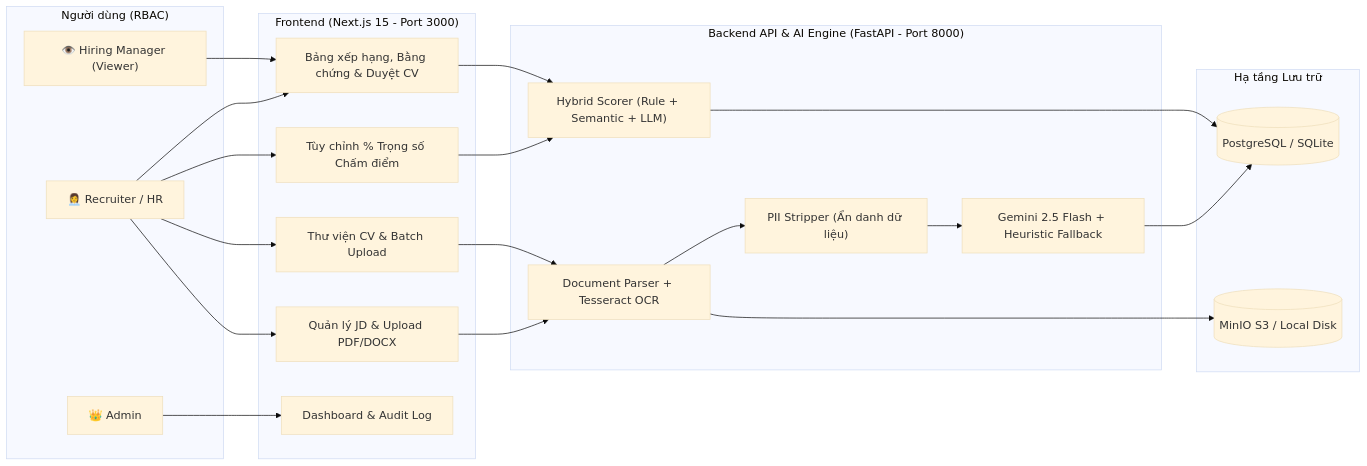
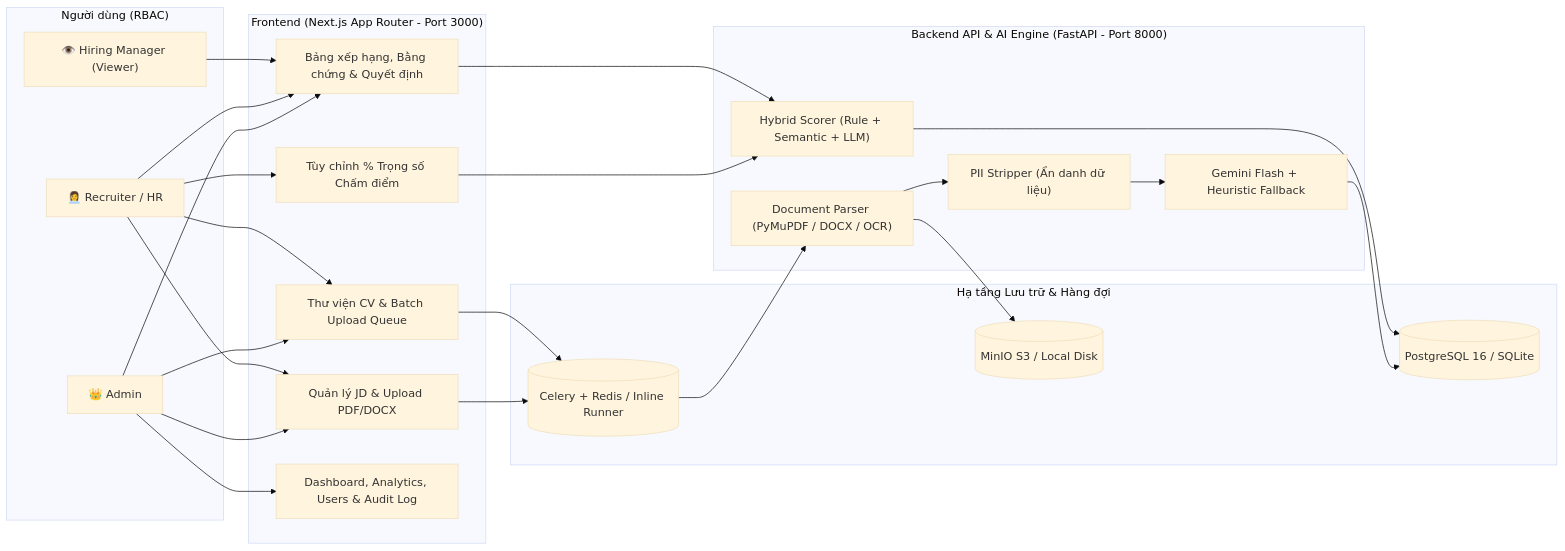
The diagram in README.md (dothanhhxx/AIResumeScreeningSystem), drawn with Mermaid (base theme) before and after one commit. The commit also changed other lines of this file, not shown here.

````diff
--- a/README.md
+++ b/README.md
@@ -28,37 +31,38 @@
 ```mermaid
 flowchart LR
     subgraph Users["Người dùng (RBAC)"]
         Admin["👑 Admin"]
         Recruiter["👩‍💼 Recruiter / HR"]
         Viewer["👁️ Hiring Manager (Viewer)"]
     end
 
-    subgraph Frontend["Frontend (Next.js 15 - Port 3000)"]
+    subgraph Frontend["Frontend (Next.js App Router - Port 3000)"]
         JD_UI["Quản lý JD & Upload PDF/DOCX"]
-        CV_UI["Thư viện CV & Batch Upload"]
+        CV_UI["Thư viện CV & Batch Upload Queue"]
         Weight_UI["Tùy chỉnh % Trọng số Chấm điểm"]
-        Rank_UI["Bảng xếp hạng, Bằng chứng & Duyệt CV"]
-        Audit_UI["Dashboard & Audit Log"]
+        Rank_UI["Bảng xếp hạng, Bằng chứng & Quyết định"]
+        Admin_UI["Dashboard, Analytics, Users & Audit Log"]
     end
 
     subgraph Backend["Backend API & AI Engine (FastAPI - Port 8000)"]
-        Parser["Document Parser + Tesseract OCR"]
+        Parser["Document Parser (PyMuPDF / DOCX / OCR)"]
         PII["PII Stripper (Ẩn danh dữ liệu)"]
-        Extractor["Gemini 2.5 Flash + Heuristic Fallback"]
+        Extractor["Gemini Flash + Heuristic Fallback"]
         Scorer["Hybrid Scorer (Rule + Semantic + LLM)"]
     end
 
-    subgraph Infra["Hạ tầng Lưu trữ"]
-        DB[("PostgreSQL / SQLite")]
+    subgraph Infra["Hạ tầng Lưu trữ & Hàng đợi"]
+        DB[("PostgreSQL 16 / SQLite")]
         Storage[("MinIO S3 / Local Disk")]
+        Queue[("Celery + Redis / Inline Runner")]
     end
 
-    Admin --> Audit_UI
+    Admin --> Admin_UI & JD_UI & CV_UI & Rank_UI
     Recruiter --> JD_UI & CV_UI & Weight_UI & Rank_UI
     Viewer --> Rank_UI
 
-    JD_UI & CV_UI --> Parser --> PII --> Extractor
+    JD_UI & CV_UI --> Queue --> Parser --> PII --> Extractor
     Weight_UI & Rank_UI --> Scorer
     Extractor & Scorer --> DB
     Parser --> Storage
 ```
````
